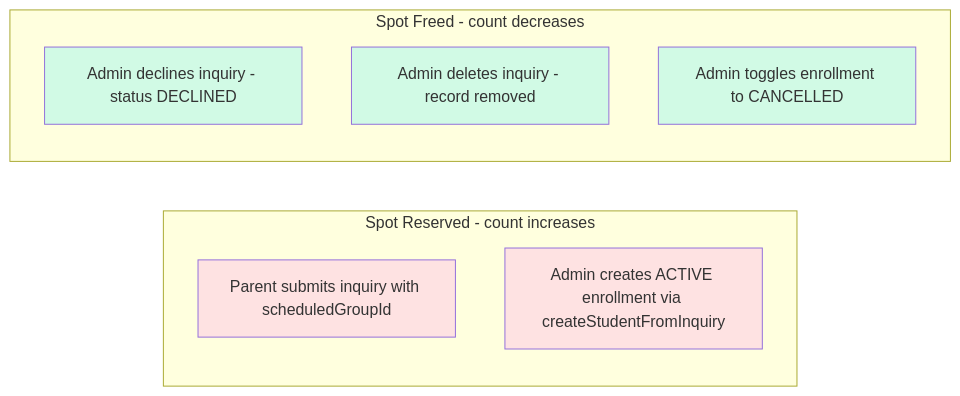
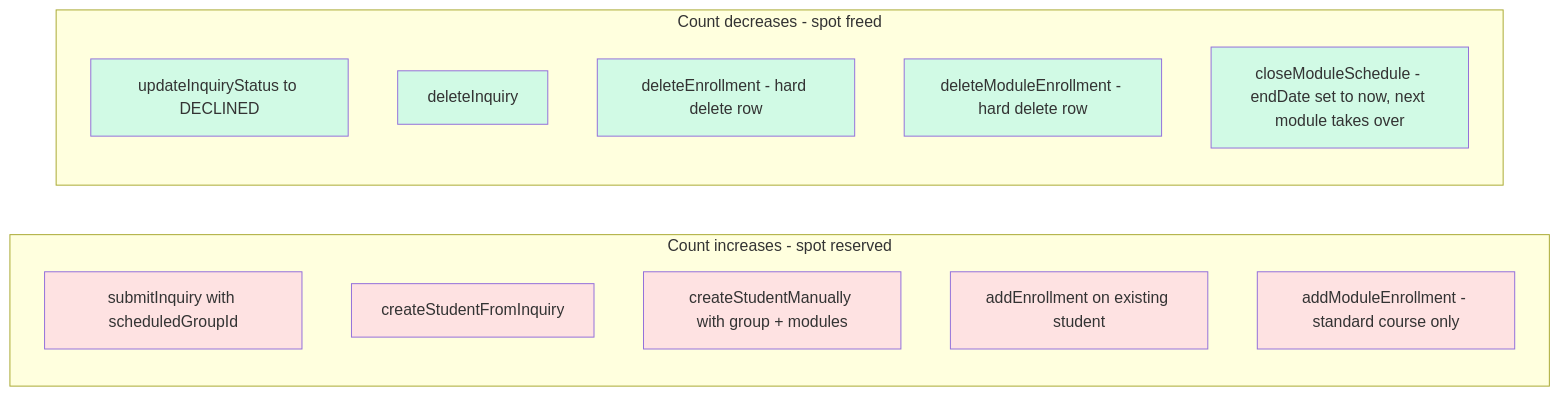
One commit to jpucic00/inovatic changed the third of 9 diagrams in docs/diagrams/flowchart.md. Above: the diagram before and after it, drawn with Mermaid. The commit also changed other lines of this file and 5 other files, not shown here.

First line of the commit message:
Update CLAUDE.md and diagrams for new enrollment and PII model

````diff
--- a/docs/diagrams/flowchart.md
+++ b/docs/diagrams/flowchart.md
@@ -23,19 +47,29 @@
 ```mermaid
 flowchart LR
-    subgraph "Spot Reserved - count increases"
-        R1[Parent submits inquiry with scheduledGroupId]
-        R2[Admin creates ACTIVE enrollment via createStudentFromInquiry]
+    subgraph "Count increases - spot reserved"
+        R1[submitInquiry with scheduledGroupId]
+        R2[createStudentFromInquiry]
+        R3[createStudentManually with group + modules]
+        R4[addEnrollment on existing student]
+        R5[addModuleEnrollment - standard course only]
     end
 
-    subgraph "Spot Freed - count decreases"
-        F1[Admin declines inquiry - status DECLINED]
-        F2[Admin deletes inquiry - record removed]
-        F3[Admin toggles enrollment to CANCELLED]
+    subgraph "Count decreases - spot freed"
+        F1[updateInquiryStatus to DECLINED]
+        F2[deleteInquiry]
+        F3[deleteEnrollment - hard delete row]
+        F4[deleteModuleEnrollment - hard delete row]
+        F5["closeModuleSchedule - endDate set to now, next module takes over"]
     end
 
     style R1 fill:#fee2e2
     style R2 fill:#fee2e2
+    style R3 fill:#fee2e2
+    style R4 fill:#fee2e2
+    style R5 fill:#fee2e2
     style F1 fill:#d1fae5
     style F2 fill:#d1fae5
     style F3 fill:#d1fae5
+    style F4 fill:#d1fae5
+    style F5 fill:#d1fae5
 ```
````
